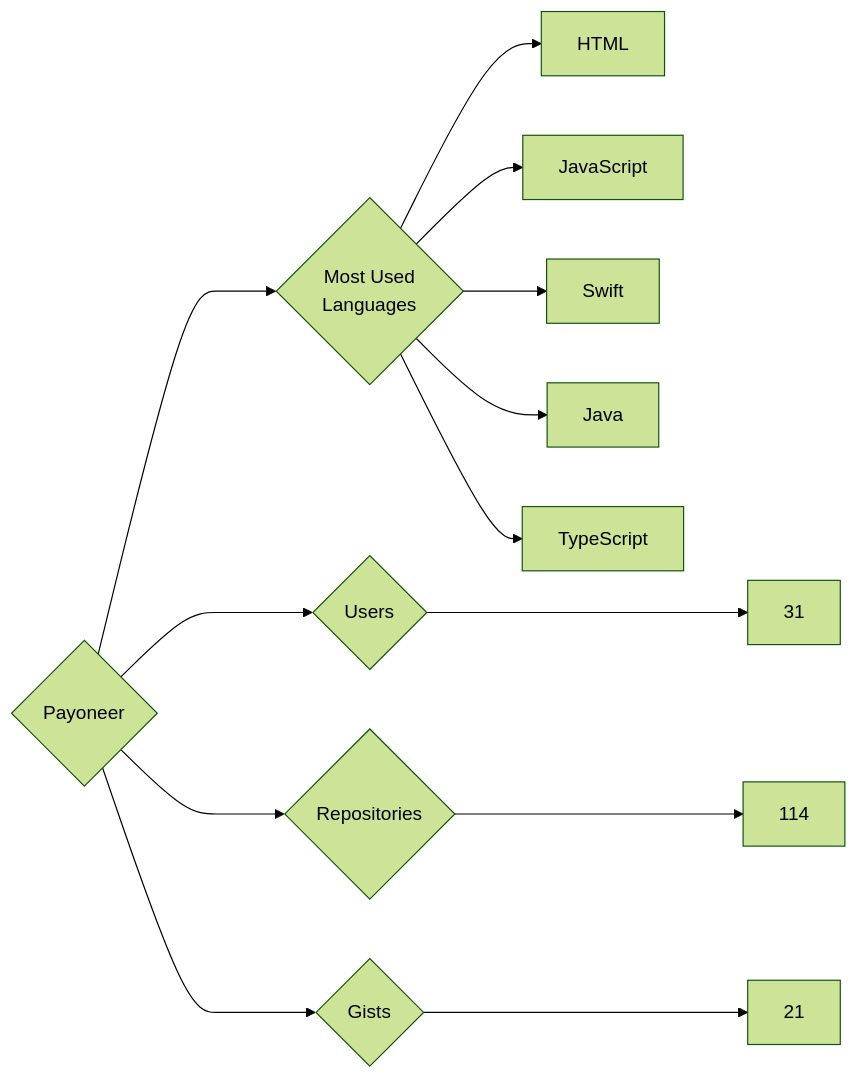
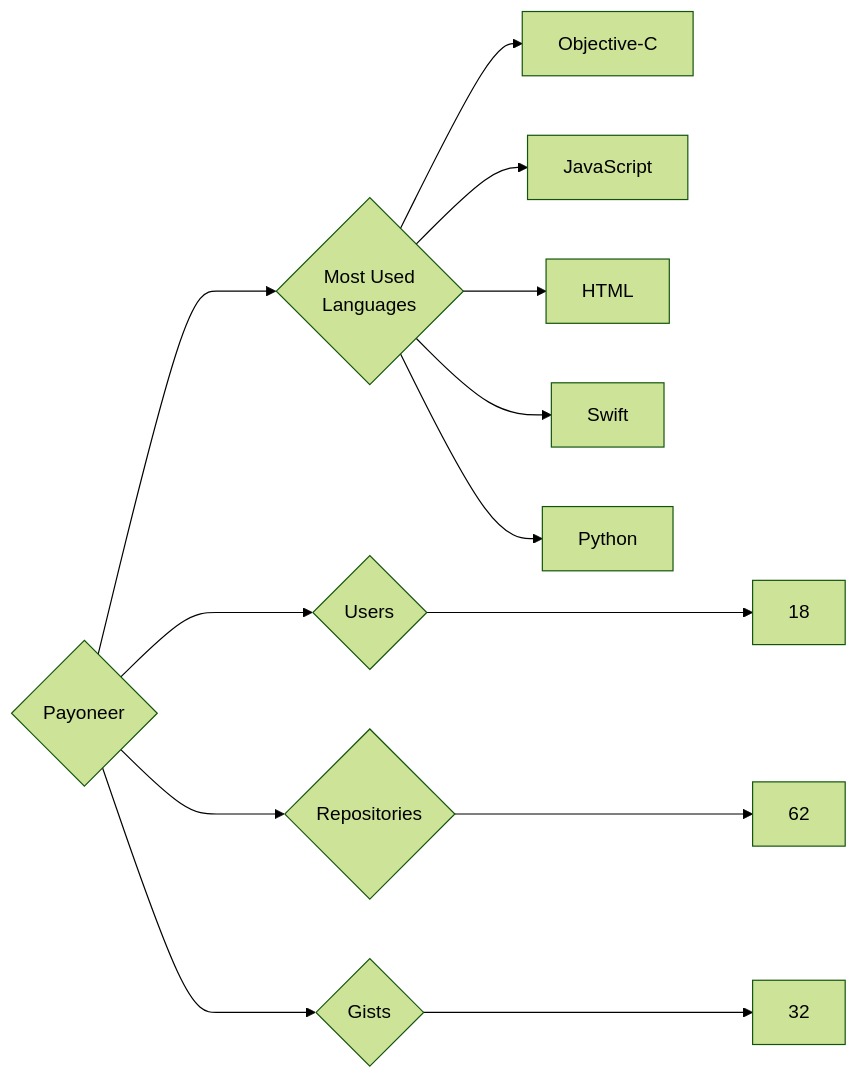
The diagram in targets/Payoneer/README.md (trickest/insiders), drawn with Mermaid (forest theme) before and after one commit. The commit also changed 939 other files, not shown here.

````diff
--- a/targets/Payoneer/README.md
+++ b/targets/Payoneer/README.md
@@ -3,13 +3,13 @@
 ```mermaid
 graph LR
 COMPANY_NAME{Payoneer}
-COMPANY_NAME ---> U{Users} ---> UN[31]
-COMPANY_NAME ---> R{Repositories} ---> RN[114]
-COMPANY_NAME ---> G{Gists} ---> GN[21]
+COMPANY_NAME ---> U{Users} ---> UN[18]
+COMPANY_NAME ---> R{Repositories} ---> RN[62]
+COMPANY_NAME ---> G{Gists} ---> GN[32]
 COMPANY_NAME ---> ML{Most Used<br>Languages}
+ML --> Objective-C[Objective-C]
+ML --> JavaScript[JavaScript]
 ML --> HTML[HTML]
-ML --> JavaScript[JavaScript]
 ML --> Swift[Swift]
-ML --> Java[Java]
-ML --> TypeScript[TypeScript]
+ML --> Python[Python]
 ```
````
